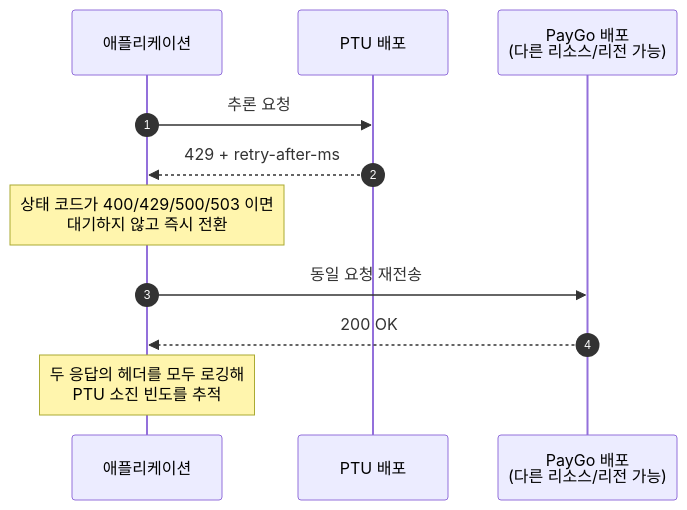
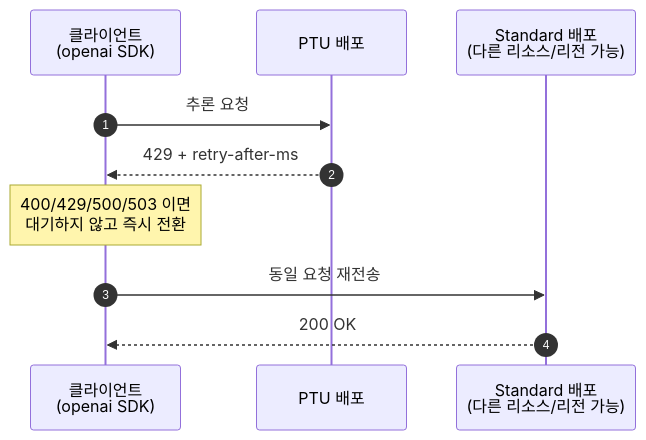
One commit to ivorycloud1013/lab-azure-guide-foundry-ptu changed the fourth of 6 diagrams in README.md. Above: the diagram before and after it, drawn with Mermaid. The commit also changed other lines of this file, not shown here.

````diff
--- a/README.md
+++ b/README.md
@@ -353,14 +337,13 @@
 ```mermaid
 sequenceDiagram
     autonumber
-    participant App as 애플리케이션
+    participant Client as 클라이언트<br/>(openai SDK)
     participant PTU as PTU 배포
-    participant STD as PayGo 배포<br/>(다른 리소스/리전 가능)
+    participant STD as Standard 배포<br/>(다른 리소스/리전 가능)
 
-    App->>PTU: 추론 요청
-    PTU-->>App: 429 + retry-after-ms
-    Note over App: 상태 코드가 400/429/500/503 이면<br/>대기하지 않고 즉시 전환
-    App->>STD: 동일 요청 재전송
-    STD-->>App: 200 OK
-    Note over App: 두 응답의 헤더를 모두 로깅해<br/>PTU 소진 빈도를 추적
+    Client->>PTU: 추론 요청
+    PTU-->>Client: 429 + retry-after-ms
+    Note over Client: 400/429/500/503 이면<br/>대기하지 않고 즉시 전환
+    Client->>STD: 동일 요청 재전송
+    STD-->>Client: 200 OK
 ```
````
